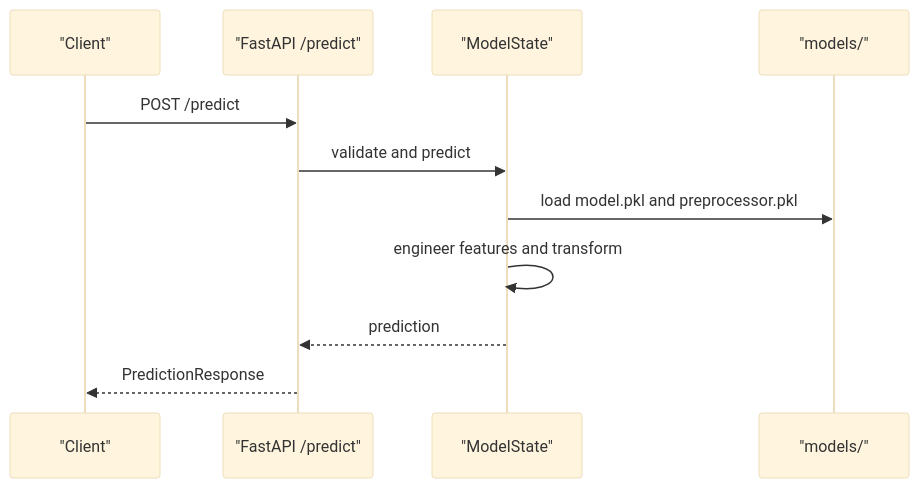
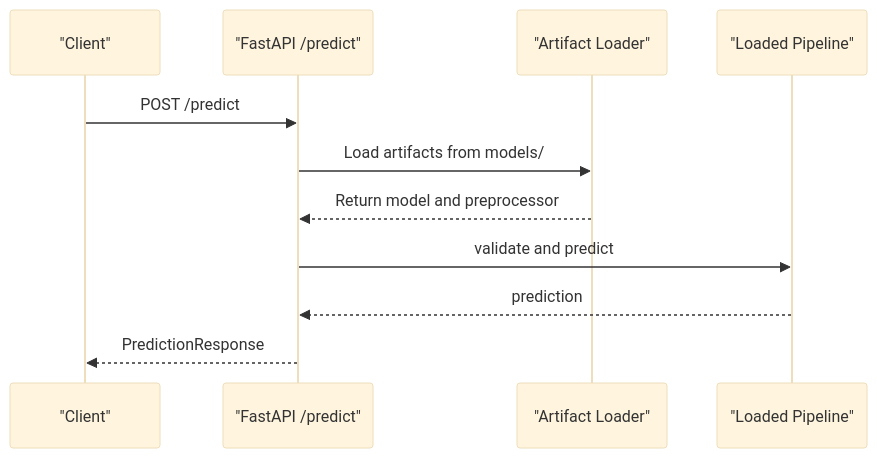
The fifth of 7 diagrams in .qoder/repowiki/en/content/Model Management.md (tashkirrr/housing-price-prediction), drawn with Mermaid (base theme) before and after one commit. The commit also changed other lines of this file and 9 other files, not shown here.

````diff
--- a/.qoder/repowiki/en/content/Model Management.md
+++ b/.qoder/repowiki/en/content/Model Management.md
@@ -276,13 +219,13 @@
 ```mermaid
 sequenceDiagram
 participant Client as "Client"
 participant API as "FastAPI /predict"
-participant MS as "ModelState"
-participant FS as "models/"
+participant Loader as "Artifact Loader"
+participant Model as "Loaded Pipeline"
 Client->>API : POST /predict
-API->>MS : validate and predict
-MS->>FS : load model.pkl and preprocessor.pkl
-MS->>MS : engineer features and transform
-MS-->>API : prediction
+API->>Loader : Load artifacts from models/
+Loader-->>API : Return model and preprocessor
+API->>Model : validate and predict
+Model-->>API : prediction
 API-->>Client : PredictionResponse
 ```
````
